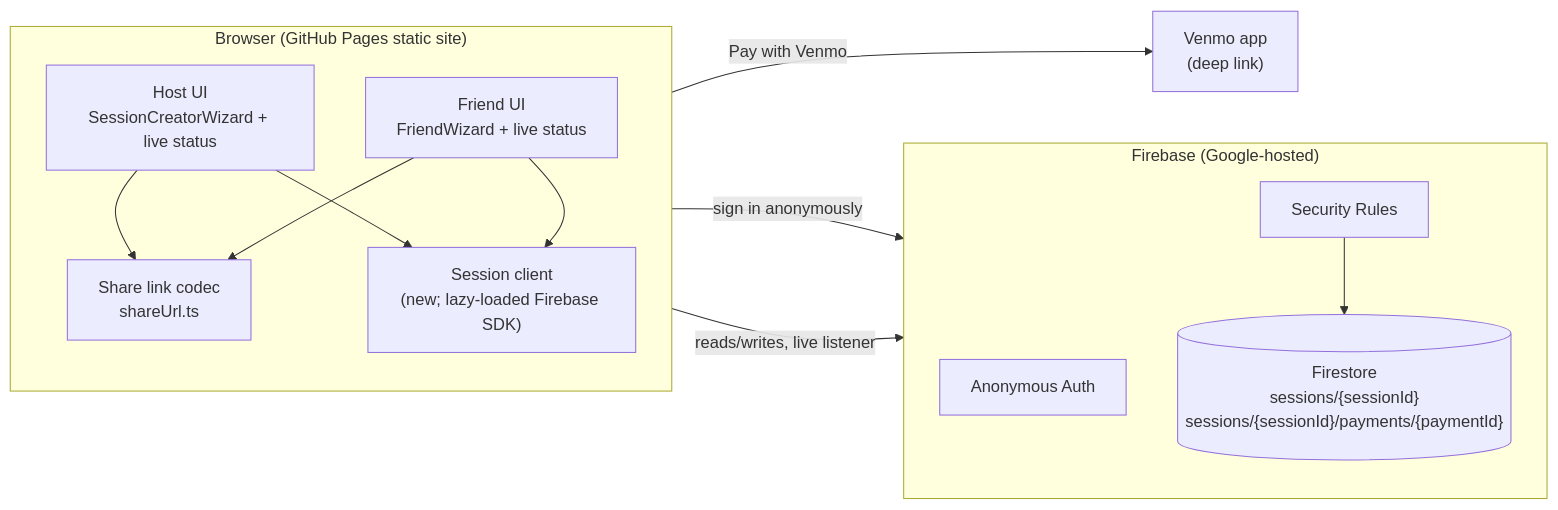
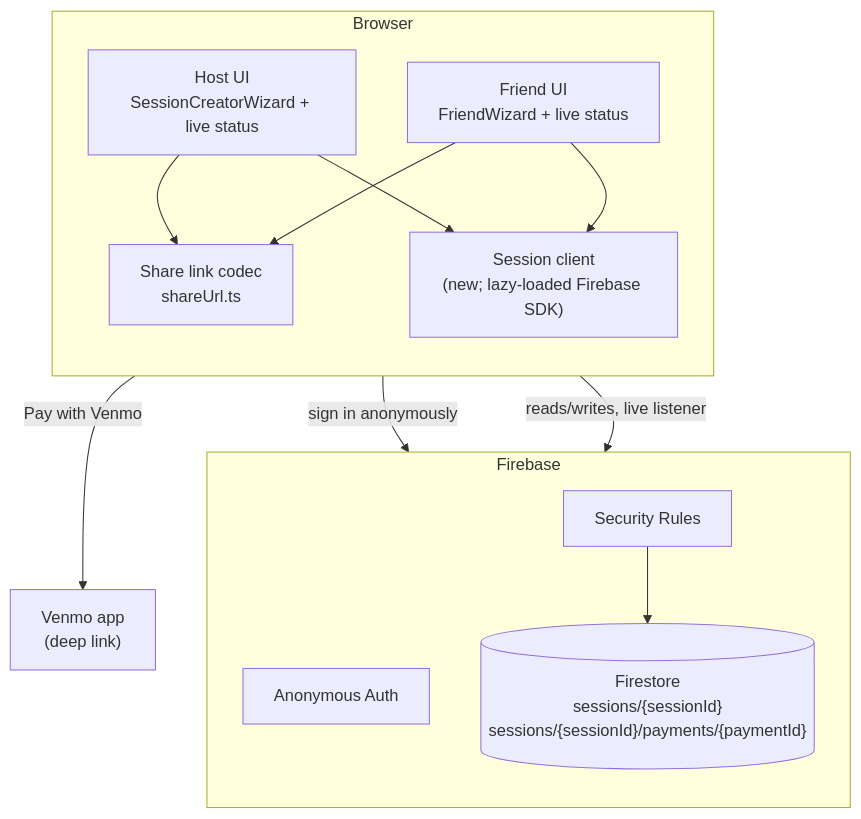
The first of 7 diagrams in planning/live-bill-status.plan.md (quasarbright/dinner-debt), drawn with Mermaid before and after one commit.

Commit message:
Make plan diagrams readable on mobile
Claude-Session: https://claude.ai/code/session_014V5EcsV2r2JjzChT1NK7D5

````diff
--- a/planning/live-bill-status.plan.md
+++ b/planning/live-bill-status.plan.md
@@ -32,28 +32,28 @@
 ```mermaid
-flowchart LR
-  subgraph Browser["Browser (GitHub Pages static site)"]
+flowchart TB
+  subgraph Browser["Browser"]
     direction TB
     HostUI["Host UI<br/>SessionCreatorWizard + live status"]
     FriendUI["Friend UI<br/>FriendWizard + live status"]
     ShareLink["Share link codec<br/>shareUrl.ts"]
     SessionClient["Session client<br/>(new; lazy-loaded Firebase SDK)"]
     HostUI --> ShareLink
     FriendUI --> ShareLink
     HostUI --> SessionClient
     FriendUI --> SessionClient
   end
 
-  subgraph Firebase["Firebase (Google-hosted)"]
+  subgraph Firebase["Firebase"]
     direction TB
     Auth["Anonymous Auth"]
     Rules["Security Rules"]
     Store[("Firestore<br/>sessions/{sessionId}<br/>sessions/{sessionId}/payments/{paymentId}")]
     Rules --> Store
   end
 
   Venmo["Venmo app<br/>(deep link)"]
 
   SessionClient -- "sign in anonymously" --> Auth
   SessionClient -- "reads/writes, live listener" --> Rules
   FriendUI -- "Pay with Venmo" --> Venmo
 ```
````
